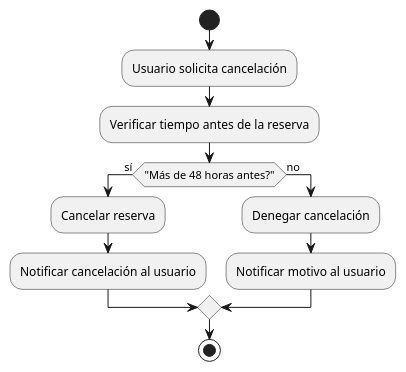
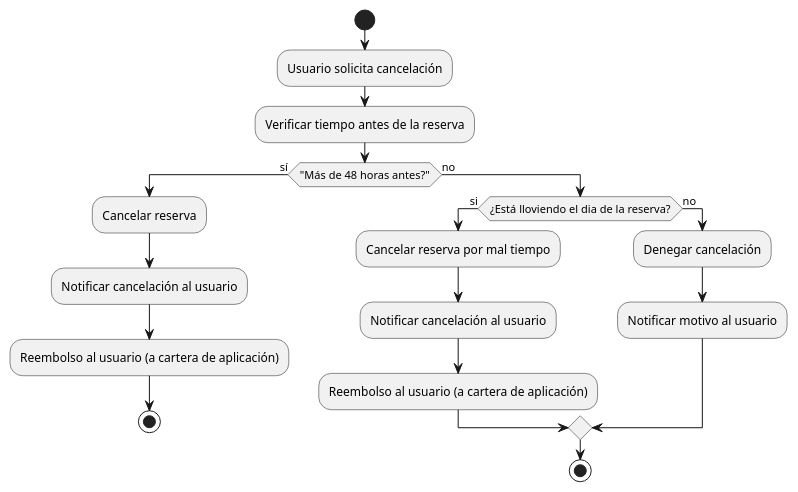
One commit to pablarce/23-24-IdSw1-SDR changed the diagram in CasosDeUso/Procesos/CduCancelarReserva/DiagramaDeFlujo.puml. Above: the diagram before and after it, drawn with PlantUML.

Commit message:
Update DiagramaDeFlujo.puml
Se agrega cancelacion por mal tiempo y reembolso al usuario

```diff
--- a/CasosDeUso/Procesos/CduCancelarReserva/DiagramaDeFlujo.puml
+++ b/CasosDeUso/Procesos/CduCancelarReserva/DiagramaDeFlujo.puml
@@ -1,13 +1,20 @@
 @startuml
 start
 :Usuario solicita cancelación;
 :Verificar tiempo antes de la reserva;
 if ("Más de 48 horas antes?") then (sí)
   :Cancelar reserva;
   :Notificar cancelación al usuario;
+  :Reembolso al usuario (a cartera de aplicación);
+stop
+else (no)
+if(¿Está lloviendo el dia de la reserva?) then (si)
+:Cancelar reserva por mal tiempo;
+:Notificar cancelación al usuario;
+:Reembolso al usuario (a cartera de aplicación);
 else (no)
   :Denegar cancelación;
   :Notificar motivo al usuario;
 endif
 stop
 @enduml
```
